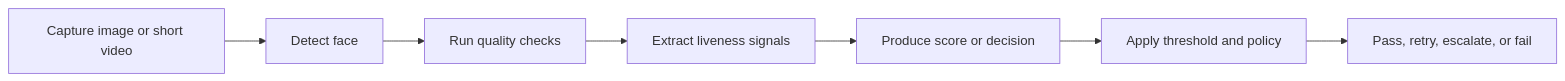
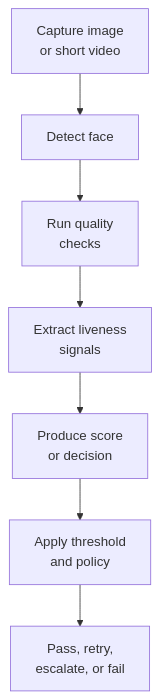
One commit to Nivratti/ekyc-face-liveness-playbook changed the second of 2 diagrams in docs/01-face-liveness-guide.md. Above: the diagram before and after it, drawn with Mermaid. The commit also changed other lines of this file and 31 other files, not shown here.

Commit message:
docs: improve mermaid diagram readability by converting wide flows to vertical layouts

````diff
--- a/docs/01-face-liveness-guide.md
+++ b/docs/01-face-liveness-guide.md
@@ -155,9 +155,9 @@
 ```mermaid
-flowchart LR
-    A[Capture image or short video] --> B[Detect face]
-    B --> C[Run quality checks]
-    C --> D[Extract liveness signals]
-    D --> E[Produce score or decision]
-    E --> F[Apply threshold and policy]
-    F --> G[Pass, retry, escalate, or fail]
+flowchart TB
+    A[Capture image<br/>or short video] --> B[Detect face]
+    B --> C[Run quality<br/>checks]
+    C --> D[Extract liveness<br/>signals]
+    D --> E[Produce score<br/>or decision]
+    E --> F[Apply threshold<br/>and policy]
+    F --> G[Pass, retry,<br/>escalate, or fail]
 ```
````
